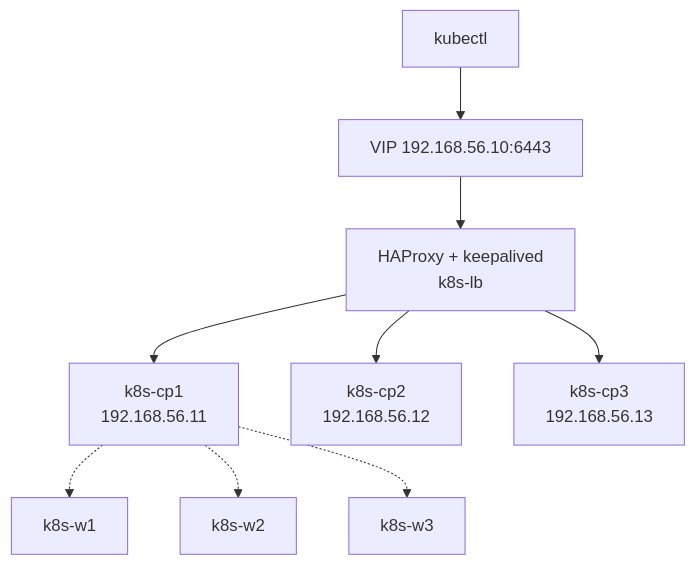
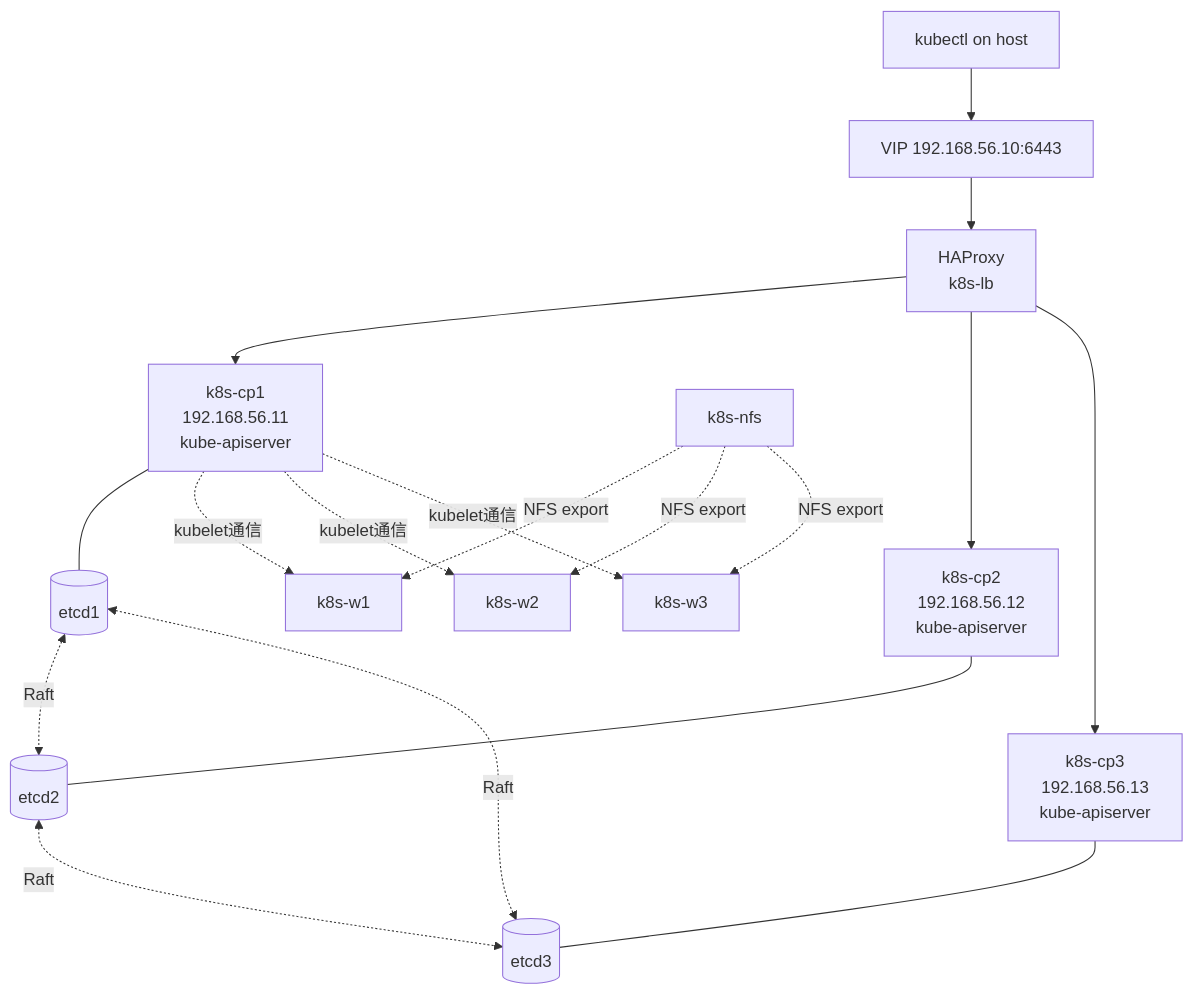
One commit to swallowsaba/introduction-k8s changed the fifth of 19 diagrams in docs/07-production/kubeadm.md. Above: the diagram before and after it, drawn with Mermaid. The commit also changed other lines of this file and 10 other files, not shown here.

````diff
--- a/docs/07-production/kubeadm.md
+++ b/docs/07-production/kubeadm.md
@@ -22,11 +174,20 @@
 ```mermaid
 flowchart TB
-    user[kubectl] --> vip[VIP 192.168.56.10:6443]
-    vip --> lb[HAProxy + keepalived<br>k8s-lb]
-    lb --> cp1[k8s-cp1<br>192.168.56.11]
-    lb --> cp2[k8s-cp2<br>192.168.56.12]
-    lb --> cp3[k8s-cp3<br>192.168.56.13]
-    cp1 -.-> w1[k8s-w1]
-    cp1 -.-> w2[k8s-w2]
-    cp1 -.-> w3[k8s-w3]
+    user[kubectl on host] --> vip[VIP 192.168.56.10:6443]
+    vip --> haproxy[HAProxy<br>k8s-lb]
+    haproxy --> cp1[k8s-cp1<br>192.168.56.11<br>kube-apiserver]
+    haproxy --> cp2[k8s-cp2<br>192.168.56.12<br>kube-apiserver]
+    haproxy --> cp3[k8s-cp3<br>192.168.56.13<br>kube-apiserver]
+    cp1 --- e1[(etcd1)]
+    cp2 --- e2[(etcd2)]
+    cp3 --- e3[(etcd3)]
+    e1 <-.Raft.-> e2
+    e2 <-.Raft.-> e3
+    e1 <-.Raft.-> e3
+    cp1 -.kubelet通信.-> w1[k8s-w1]
+    cp1 -.kubelet通信.-> w2[k8s-w2]
+    cp1 -.kubelet通信.-> w3[k8s-w3]
+    nfs[k8s-nfs] -.NFS export.-> w1
+    nfs -.NFS export.-> w2
+    nfs -.NFS export.-> w3
 ```
````
